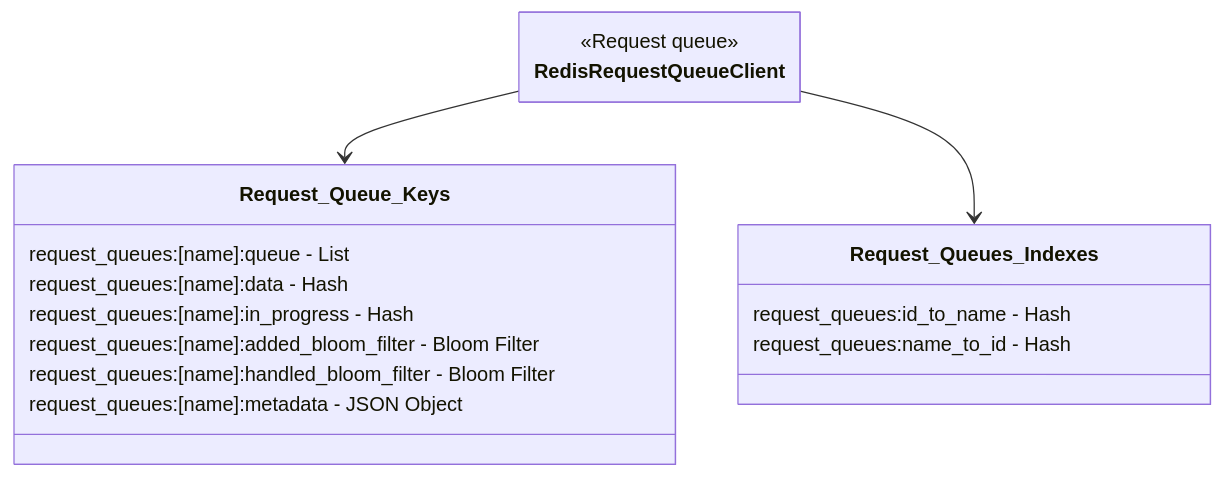
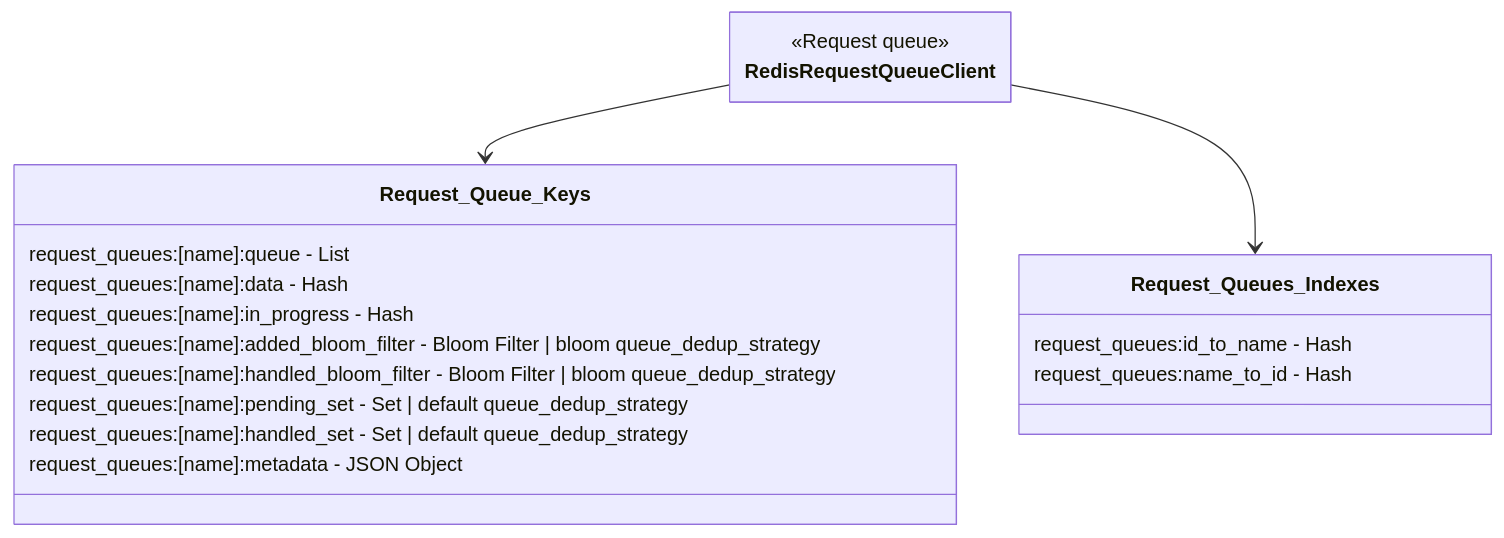
One commit to apify/crawlee-python changed the sixth of 6 diagrams in docs/guides/storage_clients.mdx. Above: the diagram before and after it, drawn with Mermaid. The commit also changed other lines of this file and 1 other file, not shown here.

````diff
--- a/docs/guides/storage_clients.mdx
+++ b/docs/guides/storage_clients.mdx
@@ -426,42 +426,44 @@
 ```mermaid
 ---
 config:
     class:
         hideEmptyMembersBox: true
 ---
 
 classDiagram
 
 %% ========================
 %% Storage Clients
 %% ========================
 
 class RedisRequestQueueClient {
     <<Request queue>>
 }
 
 %% ========================
 %% Request Queue Keys
 %% ========================
 
 class Request_Queue_Keys{
     request_queues:[name]:queue - List
     request_queues:[name]:data - Hash
     request_queues:[name]:in_progress - Hash
-    request_queues:[name]:added_bloom_filter - Bloom Filter
-    request_queues:[name]:handled_bloom_filter - Bloom Filter
+    request_queues:[name]:added_bloom_filter - Bloom Filter | bloom queue_dedup_strategy
+    request_queues:[name]:handled_bloom_filter - Bloom Filter | bloom queue_dedup_strategy
+    request_queues:[name]:pending_set - Set | default queue_dedup_strategy
+    request_queues:[name]:handled_set - Set | default queue_dedup_strategy
     request_queues:[name]:metadata - JSON Object
 }
 
 class Request_Queues_Indexes {
     request_queues:id_to_name - Hash
     request_queues:name_to_id - Hash
 }
 
 %% ========================
 %% Client to Keys arrows
 %% ========================
 
 RedisRequestQueueClient --> Request_Queue_Keys
 RedisRequestQueueClient --> Request_Queues_Indexes
 ```
````
